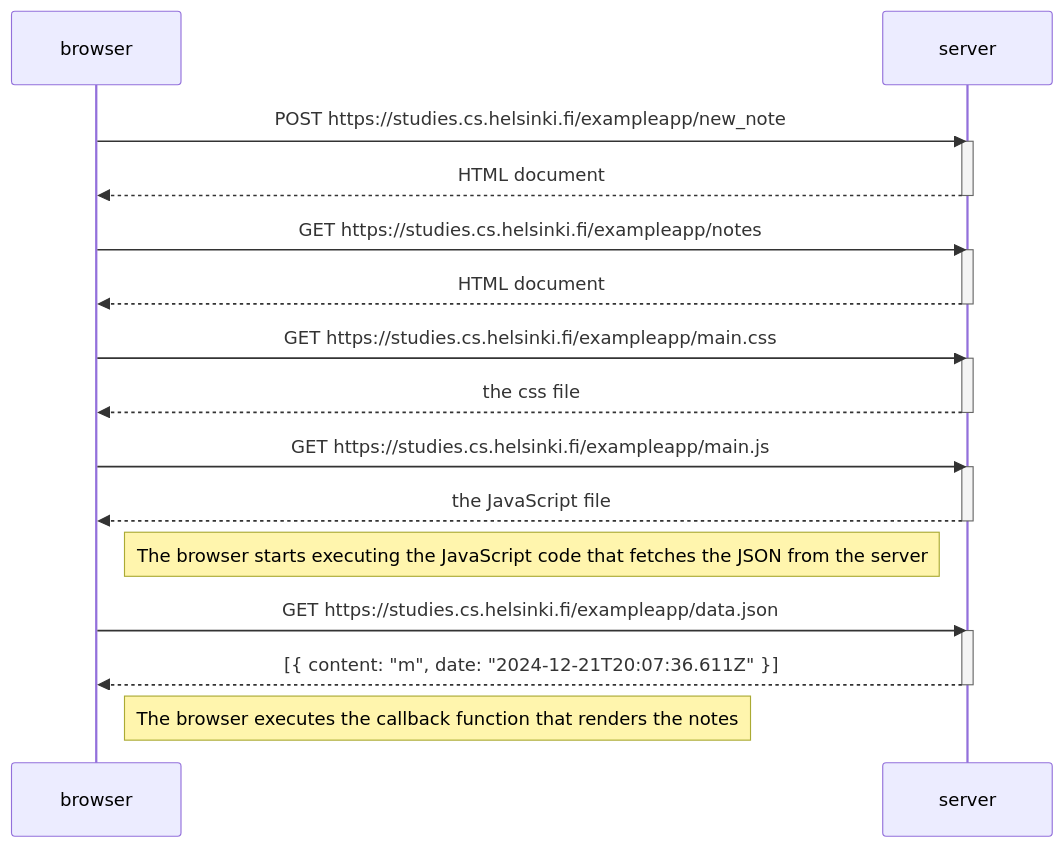
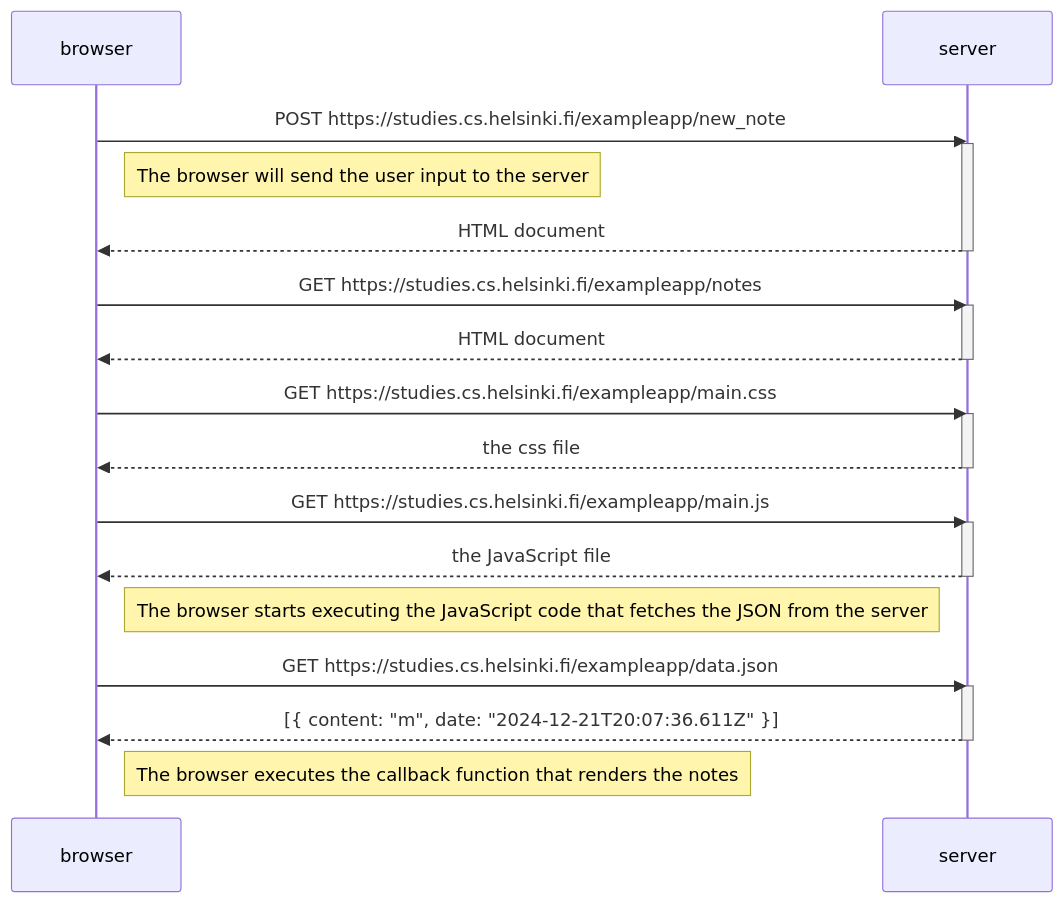
Before and after one commit to ItsRush/fullstackopen: the diagram in 0/0.4.md, drawn with Mermaid.

````diff
--- a/0/0.4.md
+++ b/0/0.4.md
@@ -1,34 +1,37 @@
 ```mermaid
 sequenceDiagram
     participant browser
     participant server
 
     browser->>server: POST https://studies.cs.helsinki.fi/exampleapp/new_note
     activate server
+    Note right of browser: The browser will send the user input to the server
     server-->>browser: HTML document
     deactivate server
+
+   
 
     browser->>server: GET https://studies.cs.helsinki.fi/exampleapp/notes
     activate server
     server-->>browser: HTML document
     deactivate server
 
     browser->>server: GET https://studies.cs.helsinki.fi/exampleapp/main.css
     activate server
     server-->>browser: the css file
     deactivate server
 
     browser->>server: GET https://studies.cs.helsinki.fi/exampleapp/main.js
     activate server
     server-->>browser: the JavaScript file
     deactivate server
 
     Note right of browser: The browser starts executing the JavaScript code that fetches the JSON from the server
 
     browser->>server: GET https://studies.cs.helsinki.fi/exampleapp/data.json
     activate server
     server-->>browser: [{ content: "m", date: "2024-12-21T20:07:36.611Z" }]
     deactivate server
 
     Note right of browser: The browser executes the callback function that renders the notes
 ```
````
